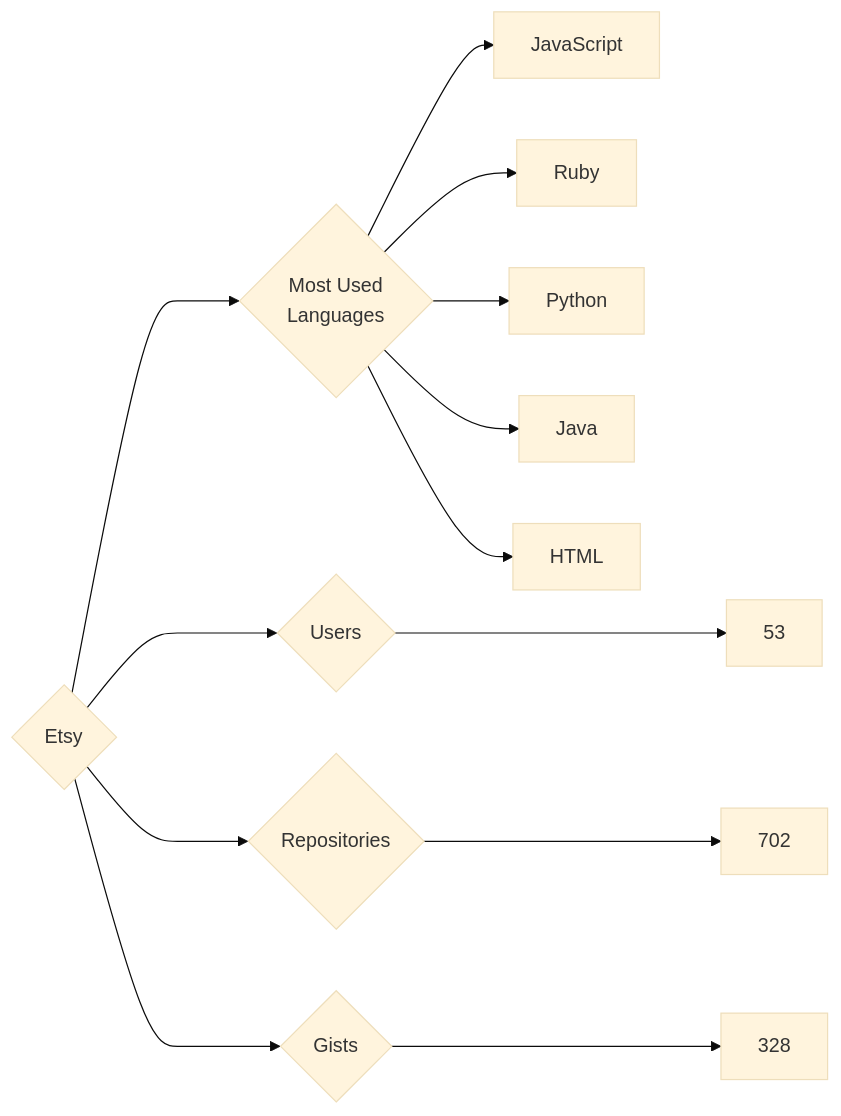
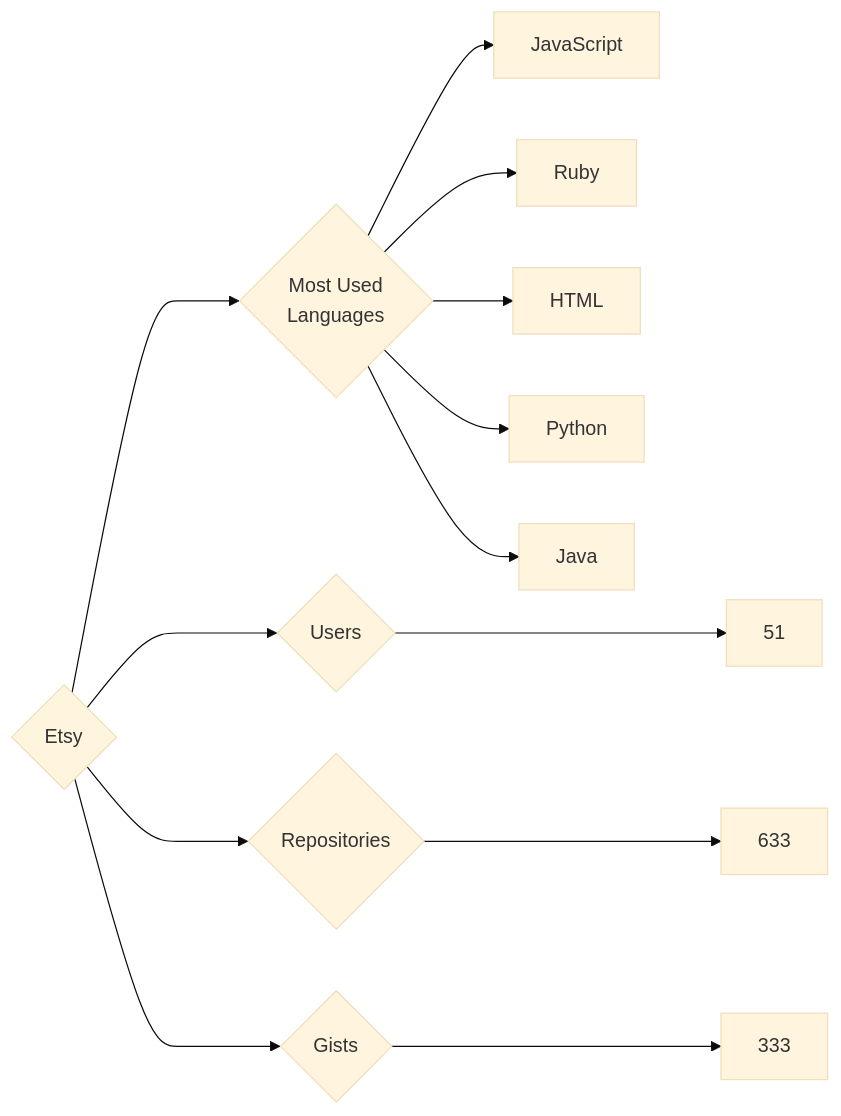
Before and after one commit to trickest/insiders: the diagram in targets/Etsy/README.md, drawn with Mermaid (base theme). The commit also changed 644 other files, not shown here.

````diff
--- a/targets/Etsy/README.md
+++ b/targets/Etsy/README.md
@@ -3,13 +3,13 @@
 ```mermaid
 graph LR
 COMPANY_NAME{Etsy}
-COMPANY_NAME ---> U{Users} ---> UN[53]
-COMPANY_NAME ---> R{Repositories} ---> RN[702]
-COMPANY_NAME ---> G{Gists} ---> GN[328]
+COMPANY_NAME ---> U{Users} ---> UN[51]
+COMPANY_NAME ---> R{Repositories} ---> RN[633]
+COMPANY_NAME ---> G{Gists} ---> GN[333]
 COMPANY_NAME ---> ML{Most Used<br>Languages}
 ML --> JavaScript[JavaScript]
 ML --> Ruby[Ruby]
+ML --> HTML[HTML]
 ML --> Python[Python]
 ML --> Java[Java]
-ML --> HTML[HTML]
 ```
````
